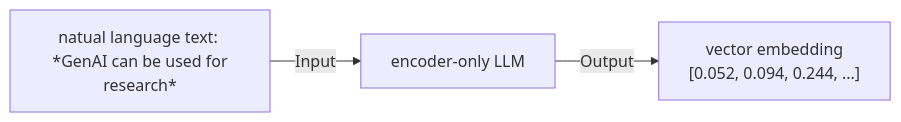
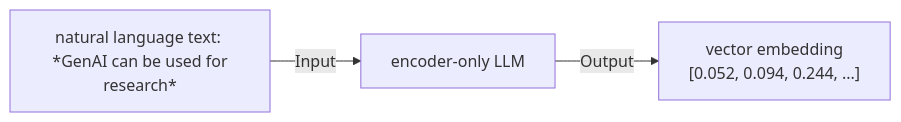
One commit to NYU-RTS/rts-docs changed the diagram in docs/genai/04_how_to_guides/02_embeddings.mdx. Above: the diagram before and after it, drawn with Mermaid. The commit also changed other lines of this file and 1 other file, not shown here.

Commit message:
natual -> natural

````diff
--- a/docs/genai/04_how_to_guides/02_embeddings.mdx
+++ b/docs/genai/04_how_to_guides/02_embeddings.mdx
@@ -5,8 +5,8 @@
 ```mermaid
 flowchart LR;
-    A["natual language text: <br> *GenAI can be used for research*"]
+    A["natural language text: <br> *GenAI can be used for research*"]
     B["encoder-only LLM"]
     C["vector embedding <br> [0.052, 0.094, 0.244, ...]"]
     A-- "Input" -->B;
     B-- "Output" -->C;
 ```
````
